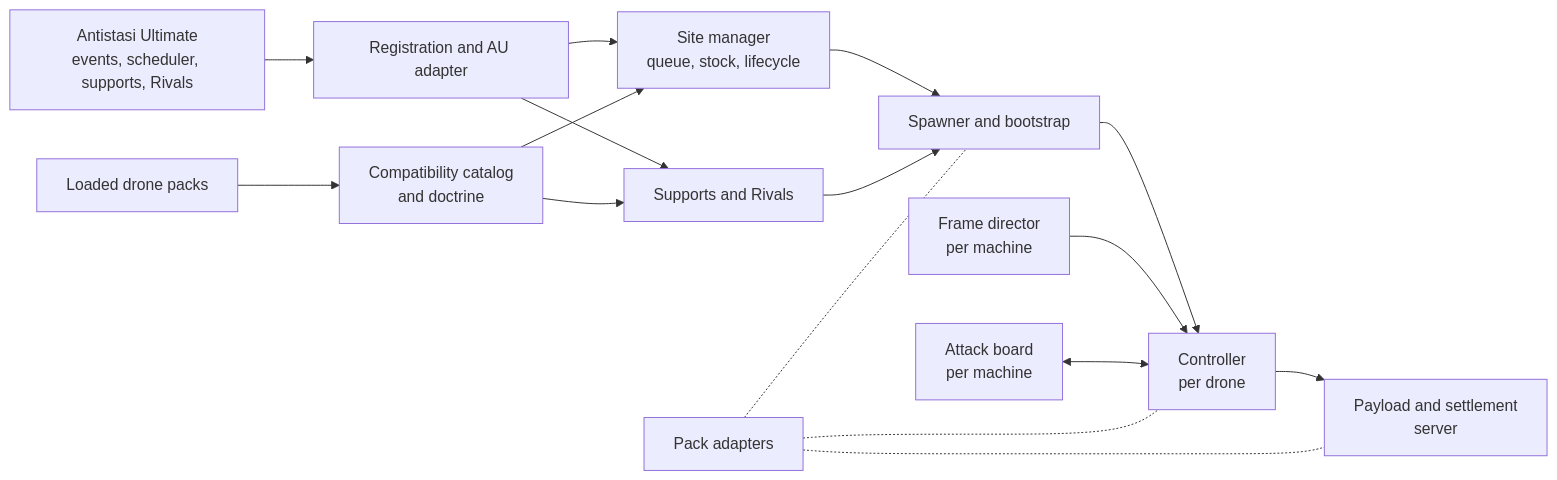
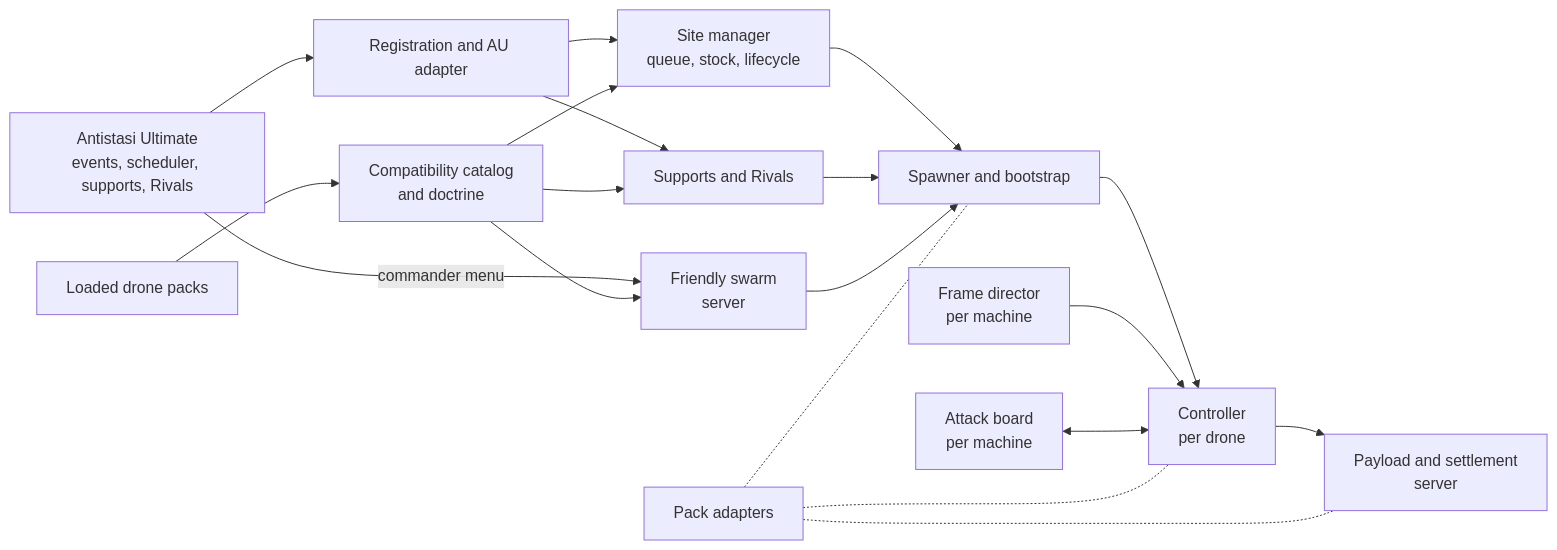
Before and after one commit to ej638/A3UE-FPV-Drones: the first of 2 diagrams in docs/architecture.md, drawn with Mermaid. The commit also changed other lines of this file and 5 other files, not shown here.

````diff
--- a/docs/architecture.md
+++ b/docs/architecture.md
@@ -20,18 +21,21 @@
 ```mermaid
 flowchart LR
     AU[Antistasi Ultimate<br/>events, scheduler, supports, Rivals] --> REG[Registration and AU adapter]
     PACKS[Loaded drone packs] --> CAT[Compatibility catalog<br/>and doctrine]
     REG --> SITES[Site manager<br/>queue, stock, lifecycle]
     REG --> SUP[Supports and Rivals]
     CAT --> SITES
     CAT --> SUP
     SITES --> SPAWN[Spawner and bootstrap]
     SUP --> SPAWN
+    AU -->|commander menu| SWM[Friendly swarm<br/>server]
+    CAT --> SWM
+    SWM --> SPAWN
     SPAWN --> CTRL[Controller<br/>per drone]
     DIR[Frame director<br/>per machine] --> CTRL
     BOARD[Attack board<br/>per machine] <--> CTRL
     CTRL --> PAY[Payload and settlement<br/>server]
     ADAPT[Pack adapters] -.- SPAWN
     ADAPT -.- CTRL
     ADAPT -.- PAY
 ```
````
